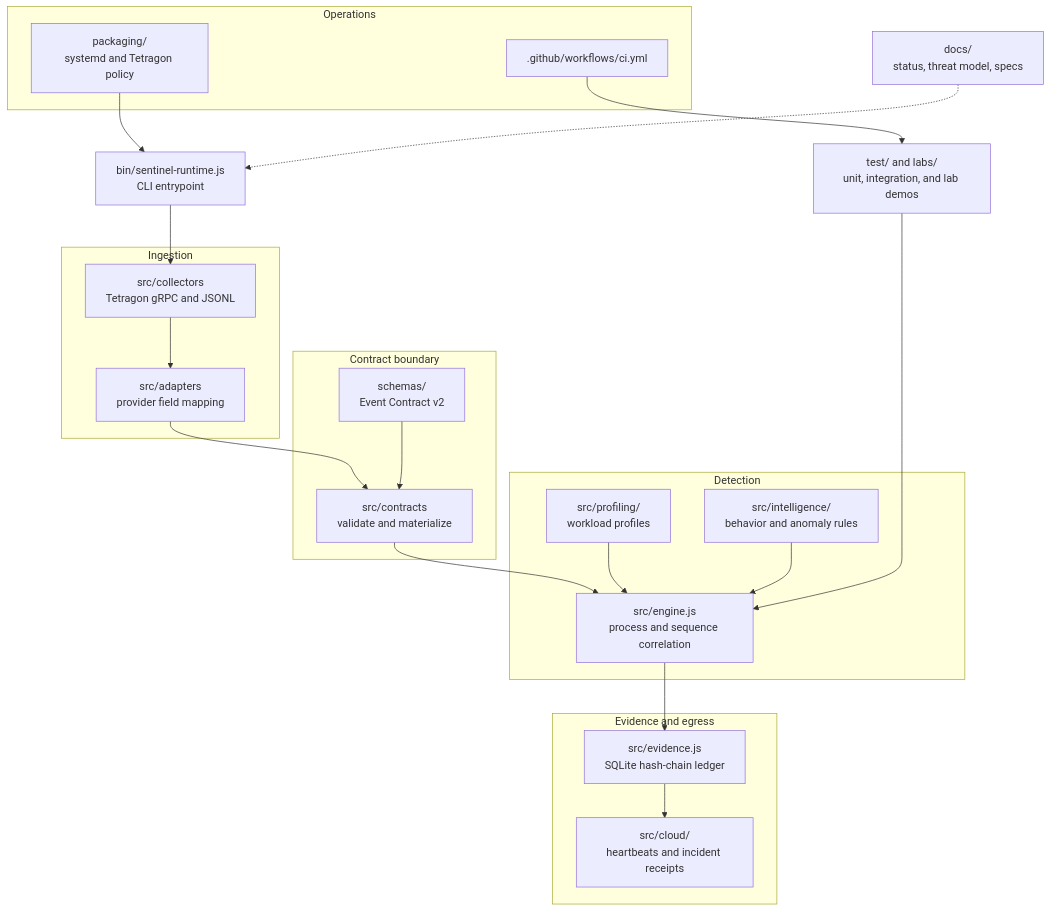
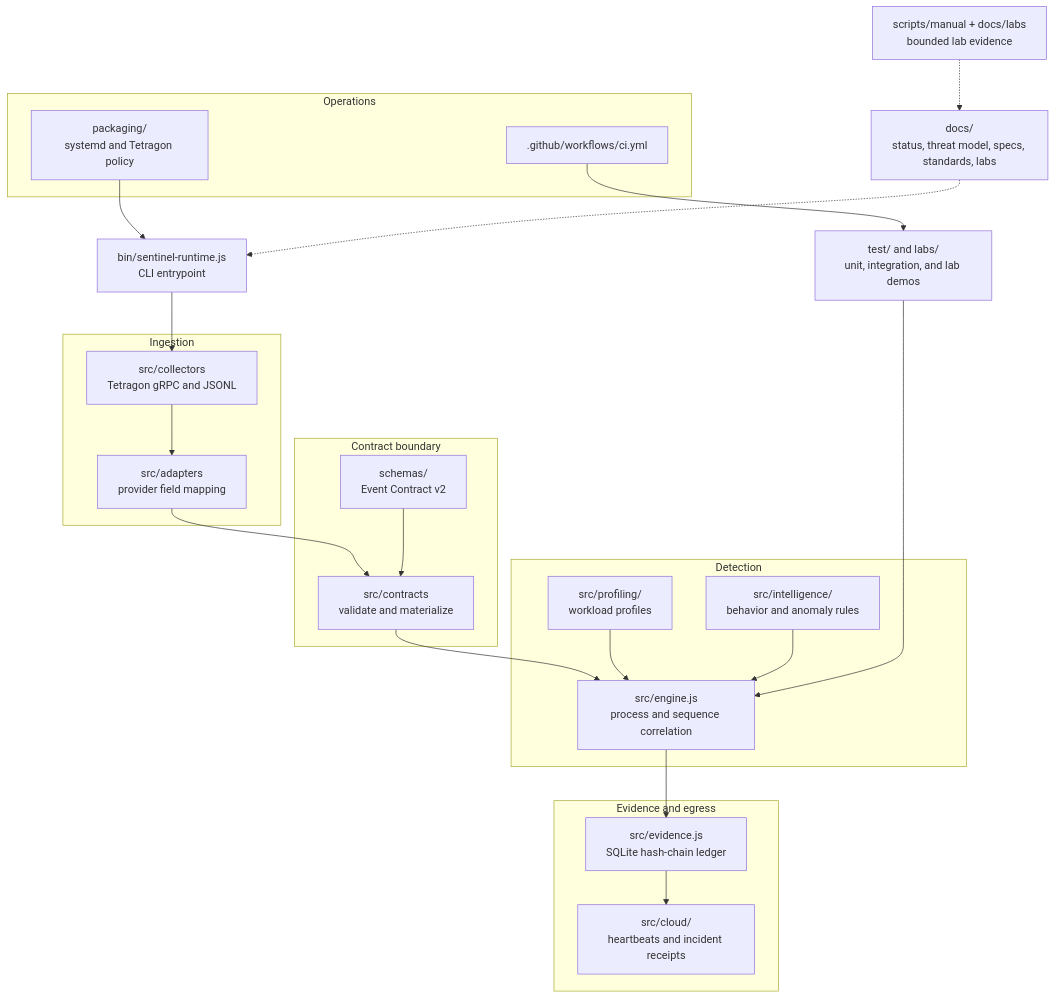
Before and after one commit to javier20dev25/sentinel-runtime: the second of 5 diagrams in README.md, drawn with Mermaid. The commit also changed other lines of this file and 5 other files, not shown here.

````diff
--- a/README.md
+++ b/README.md
@@ -36,40 +36,42 @@
 ```mermaid
 flowchart TB
   CLI["bin/sentinel-runtime.js<br/>CLI entrypoint"]
   subgraph Ingest["Ingestion"]
     COL["src/collectors<br/>Tetragon gRPC and JSONL"]
     ADP["src/adapters<br/>provider field mapping"]
   end
   subgraph Contract["Contract boundary"]
     SCH["schemas/<br/>Event Contract v2"]
     VAL["src/contracts<br/>validate and materialize"]
   end
   subgraph Detection["Detection"]
     ENG["src/engine.js<br/>process and sequence correlation"]
     INT["src/intelligence/<br/>behavior and anomaly rules"]
     PROF["src/profiling/<br/>workload profiles"]
   end
   subgraph Evidence["Evidence and egress"]
     EVD["src/evidence.js<br/>SQLite hash-chain ledger"]
     CLOUD["src/cloud/<br/>heartbeats and incident receipts"]
   end
   subgraph Operations["Operations"]
     PKG["packaging/<br/>systemd and Tetragon policy"]
     CI[".github/workflows/ci.yml"]
   end
   TEST["test/ and labs/<br/>unit, integration, and lab demos"]
-  DOCS["docs/<br/>status, threat model, specs"]
+  LAB["scripts/manual + docs/labs<br/>bounded lab evidence"]
+  DOCS["docs/<br/>status, threat model, specs, standards, labs"]
   CLI --> COL
   COL --> ADP
   ADP --> VAL
   SCH --> VAL
   VAL --> ENG
   PROF --> ENG
   INT --> ENG
   ENG --> EVD
   EVD --> CLOUD
   PKG --> CLI
   CI --> TEST
   TEST --> ENG
+  LAB -.-> DOCS
   DOCS -.-> CLI
 ```
````
